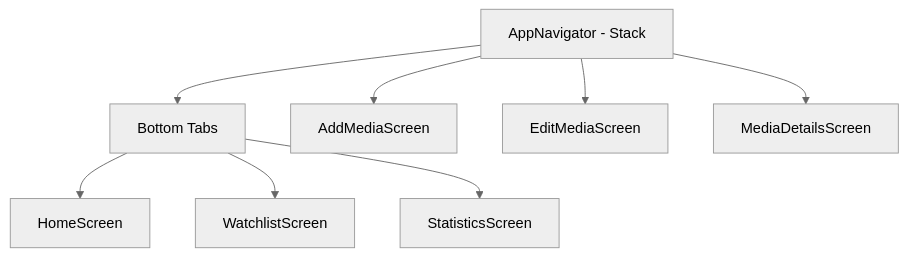
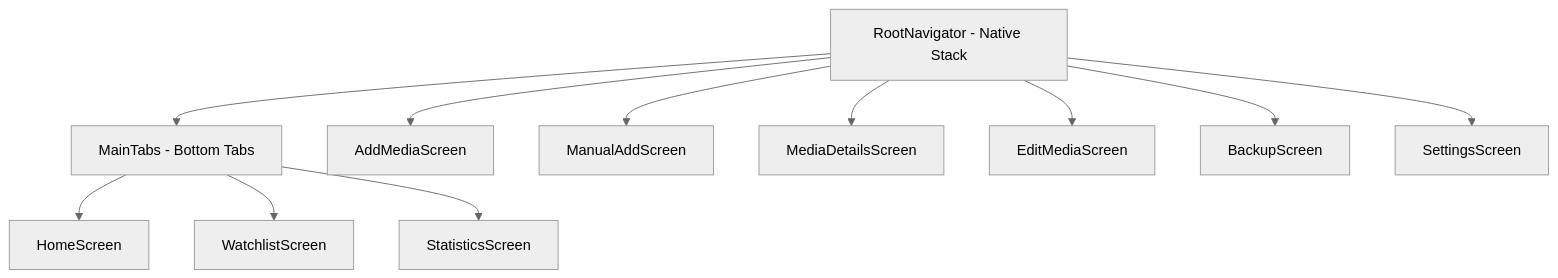
Before and after one commit to Aldo-Kristian/CineTrack: the diagram in docs/12-component-design.md, drawn with Mermaid (neutral theme). The commit also changed other lines of this file and 17 other files, not shown here.

````diff
--- a/docs/12-component-design.md
+++ b/docs/12-component-design.md
@@ -14,11 +21,14 @@
 ```mermaid
 flowchart TB
-    Root[AppNavigator - Stack]
-    Root --> Tabs[Bottom Tabs]
+    Root[RootNavigator - Native Stack]
+    Root --> Tabs[MainTabs - Bottom Tabs]
     Root --> Add[AddMediaScreen]
+    Root --> Manual[ManualAddScreen]
+    Root --> Details[MediaDetailsScreen]
     Root --> Edit[EditMediaScreen]
-    Root --> Details[MediaDetailsScreen]
+    Root --> Backup[BackupScreen]
+    Root --> Settings[SettingsScreen]
     Tabs --> Home[HomeScreen]
     Tabs --> Watchlist[WatchlistScreen]
     Tabs --> Stats[StatisticsScreen]
 ```
````
